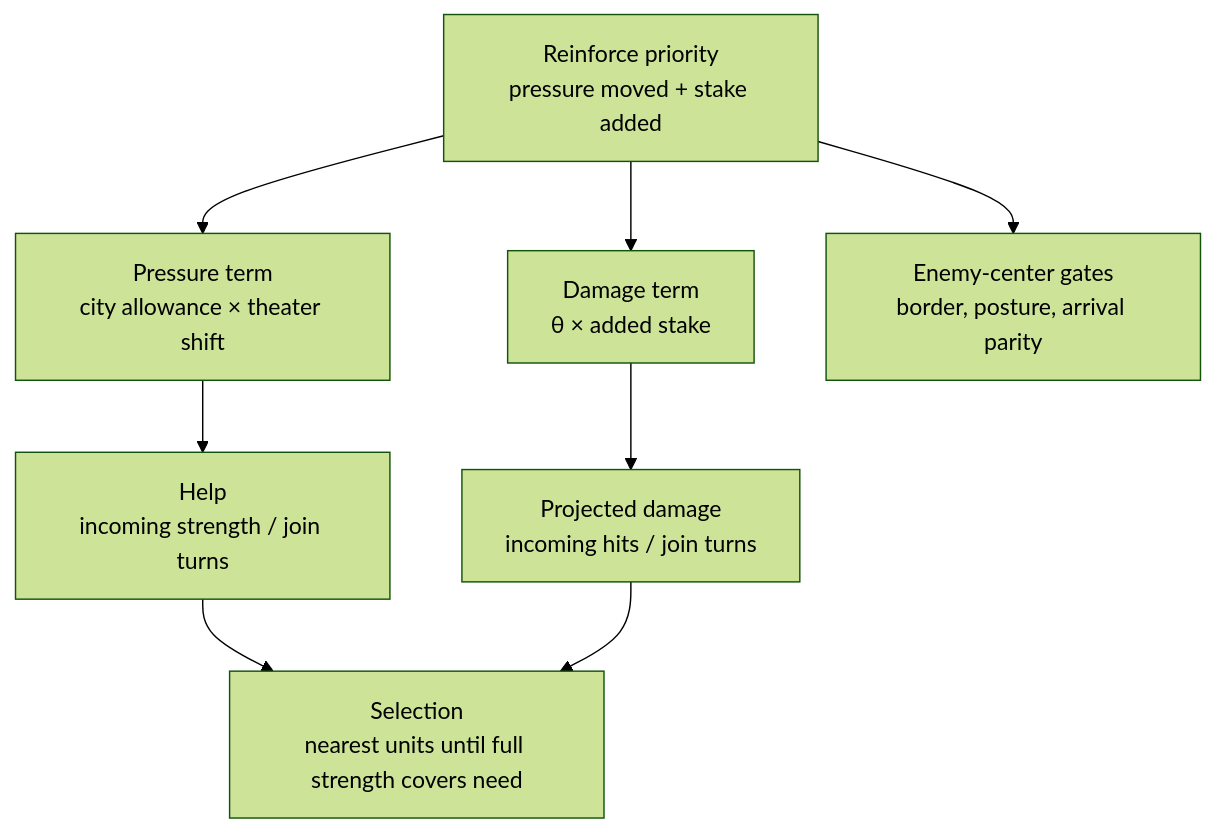
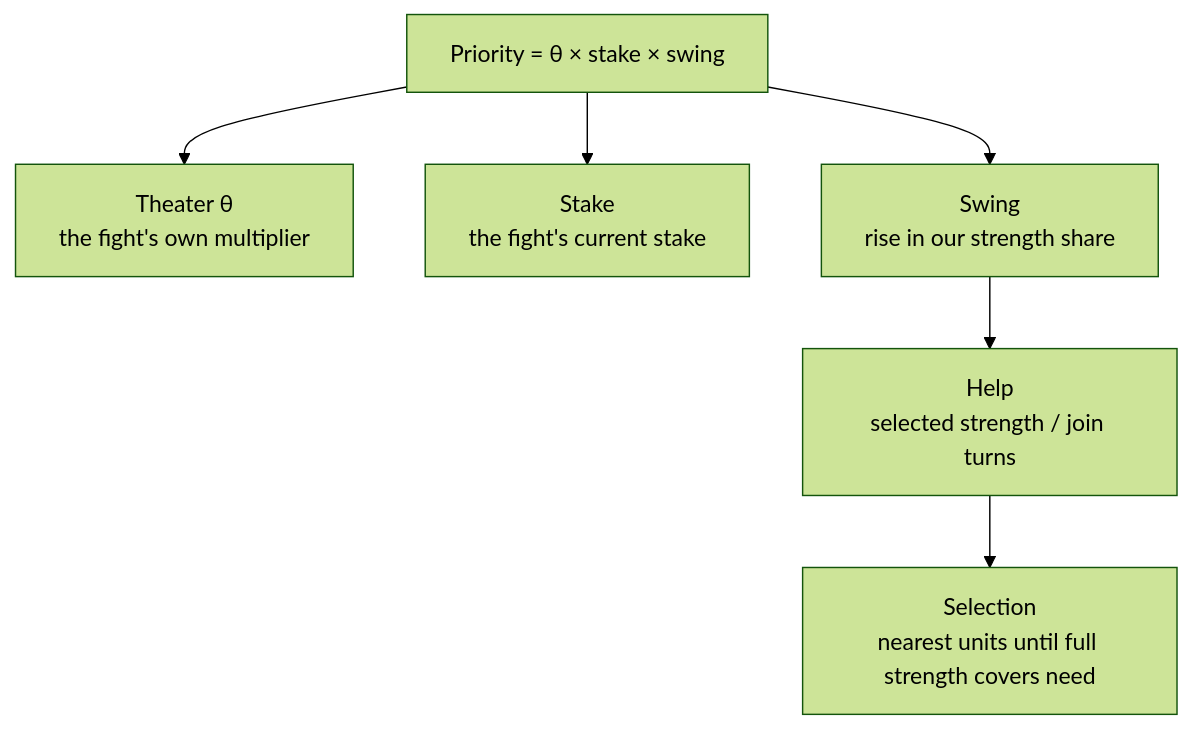
The diagram in docs/developers/civ5-dll/unit-ai/commands/reinforcement.md (vox-deorum/vox-deorum), drawn with Mermaid (forest theme) before and after one commit. The commit also changed other lines of this file, not shown here.

````diff
--- a/docs/developers/civ5-dll/unit-ai/commands/reinforcement.md
+++ b/docs/developers/civ5-dll/unit-ai/commands/reinforcement.md
@@ -5,10 +5,9 @@
 ```mermaid
 flowchart TD
-    R["Reinforce priority<br/>pressure moved + stake added"] --> P["Pressure term<br/>city allowance × theater shift"]
-    R --> D["Damage term<br/>θ × added stake"]
-    R --> G["Enemy-center gates<br/>border, posture, arrival parity"]
-    P --> H["Help<br/>incoming strength / join turns"]
-    D --> J["Projected damage<br/>incoming hits / join turns"]
+    P["Priority = θ × stake × swing"]
+    P --> T["Theater θ<br/>the fight's own multiplier"]
+    P --> B["Stake<br/>the fight's current stake"]
+    P --> W["Swing<br/>rise in our strength share"]
+    W --> H["Help<br/>selected strength / join turns"]
     H --> S["Selection<br/>nearest units until full strength covers need"]
-    J --> S
 ```
````
